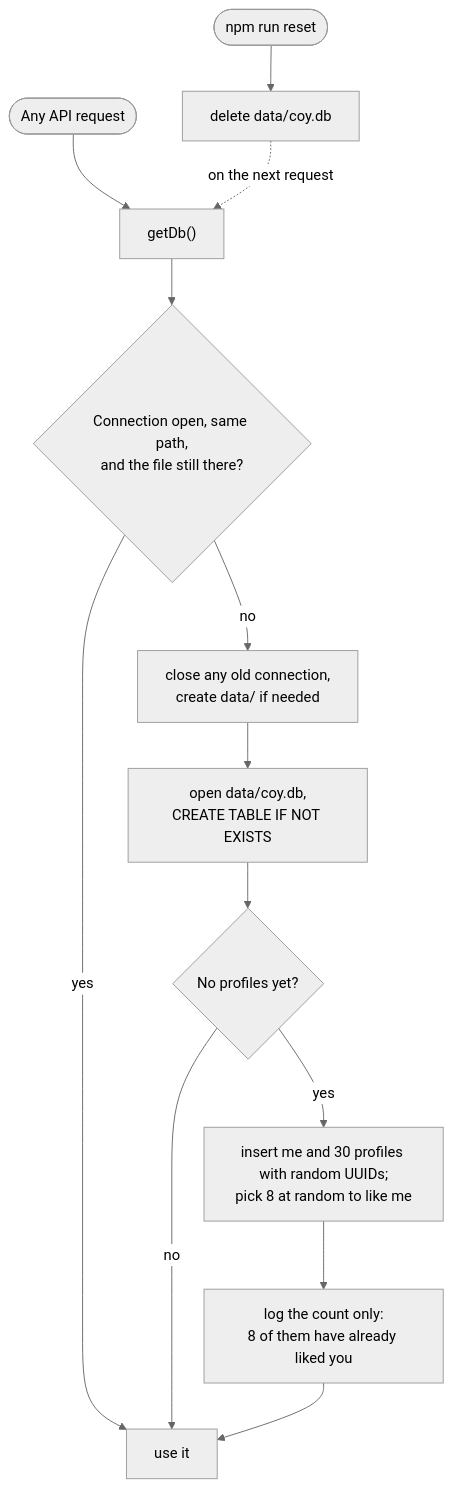
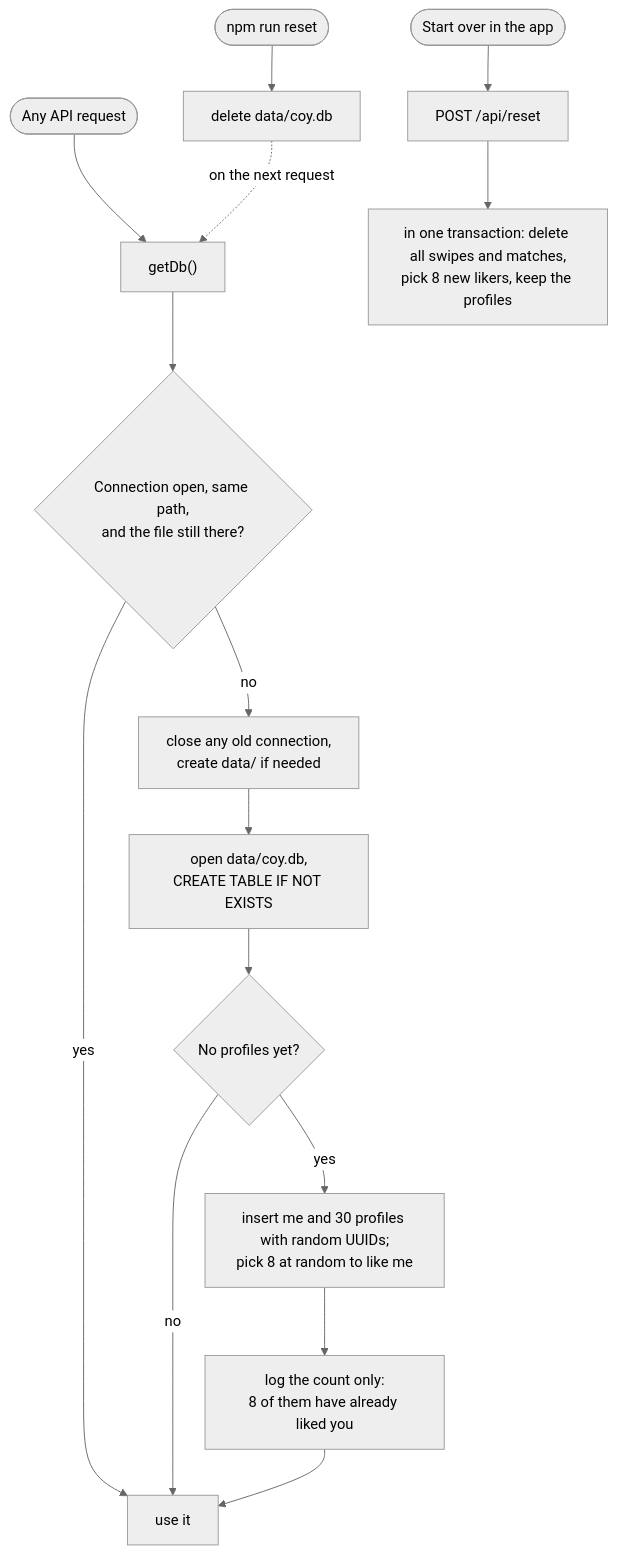
One commit to ashutosharma2/coy-discover-assignment changed diagram 11 of 14 in docs/architecture.md. Above: the diagram before and after it, drawn with Mermaid (neutral theme). The commit also changed other lines of this file and 41 other files, not shown here.

````diff
--- a/docs/architecture.md
+++ b/docs/architecture.md
@@ -316,15 +317,17 @@
 ```mermaid
 flowchart TD
     Req(["Any API request"]) --> Get["getDb()"]
     Get --> Ready{"Connection open, same path,<br/>and the file still there?"}
     Ready -- yes --> Use["use it"]
     Ready -- no --> Fresh["close any old connection,<br/>create data/ if needed"]
     Fresh --> Open["open data/coy.db,<br/>CREATE TABLE IF NOT EXISTS"]
     Open --> Empty{"No profiles yet?"}
     Empty -- no --> Use
     Empty -- yes --> Seed["insert me and 30 profiles with random UUIDs;<br/>pick 8 at random to like me"]
     Seed --> Log["log the count only:<br/>8 of them have already liked you"]
     Log --> Use
     Reset(["npm run reset"]) --> Delete["delete data/coy.db"]
     Delete -. "on the next request" .-> Get
+    StartOver(["Start over in the app"]) --> Post["POST /api/reset"]
+    Post --> Clear["in one transaction: delete all swipes and matches,<br/>pick 8 new likers, keep the profiles"]
 ```
````
